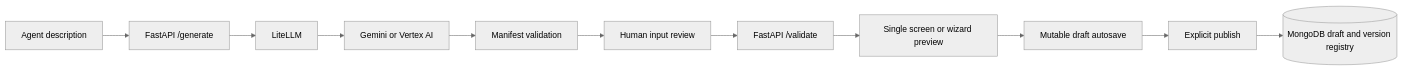
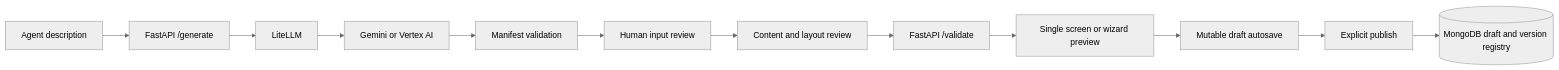
One commit to nerve-sparks/ScreenConfigurator changed the diagram in README.md. Above: the diagram before and after it, drawn with Mermaid (neutral theme). The commit also changed other lines of this file and 24 other files, not shown here.

````diff
--- a/README.md
+++ b/README.md
@@ -38,13 +42,14 @@
 ```mermaid
 flowchart LR
     A[Agent description] --> B[FastAPI /generate]
     B --> C[LiteLLM]
     C --> D[Gemini or Vertex AI]
     D --> E[Manifest validation]
     E --> F[Human input review]
-    F --> G[FastAPI /validate]
-    G --> H[Single screen or wizard preview]
-    H --> I[Mutable draft autosave]
-    I --> J[Explicit publish]
-    J --> K[(MongoDB draft and version registry)]
+    F --> G[Content and layout review]
+    G --> H[FastAPI /validate]
+    H --> I[Single screen or wizard preview]
+    I --> J[Mutable draft autosave]
+    J --> K[Explicit publish]
+    K --> L[(MongoDB draft and version registry)]
 ```
````
